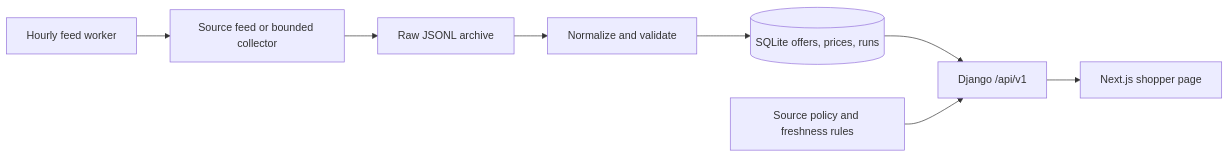
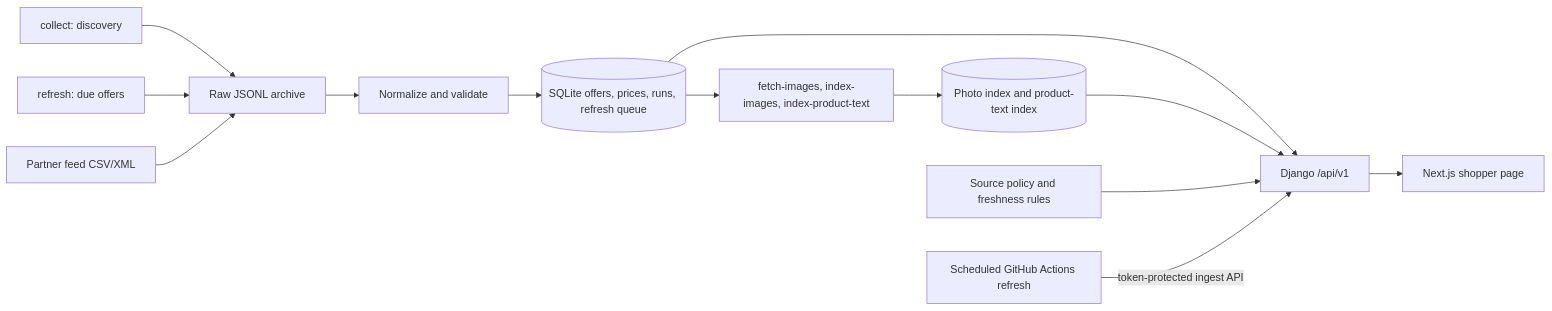
Before and after one commit to alidin000/fashion-finder-data-pipeline: the diagram in README.md, drawn with Mermaid. The commit also changed other lines of this file and 8 other files, not shown here.

````diff
--- a/README.md
+++ b/README.md
@@ -49,10 +58,15 @@
 ```mermaid
 flowchart LR
-  A[Source feed or bounded collector] --> B[Raw JSONL archive]
+  A[collect: discovery] --> B[Raw JSONL archive]
+  R[refresh: due offers] --> B
+  F[Partner feed CSV/XML] --> B
   B --> C[Normalize and validate]
-  C --> D[(SQLite offers, prices, runs)]
+  C --> D[(SQLite offers, prices, runs, refresh queue)]
+  D --> I[fetch-images, index-images, index-product-text]
+  I --> X[(Photo index and product-text index)]
   D --> E[Django /api/v1]
+  X --> E
   P[Source policy and freshness rules] --> E
-  E --> F[Next.js shopper page]
-  W[Hourly feed worker] --> A
+  E --> W[Next.js shopper page]
+  G[Scheduled GitHub Actions refresh] -->|token-protected ingest API| E
 ```
````
